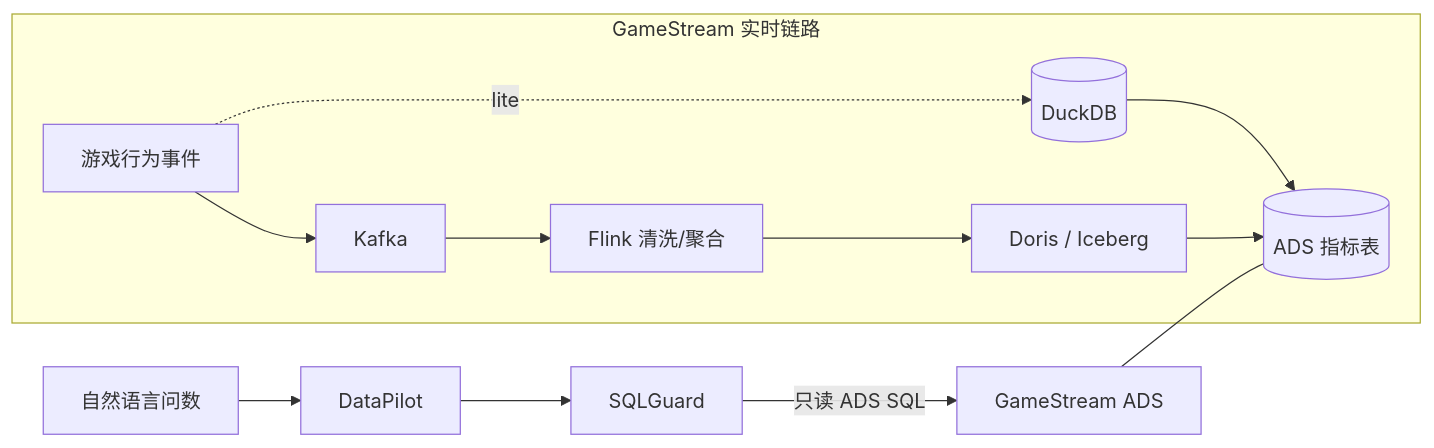
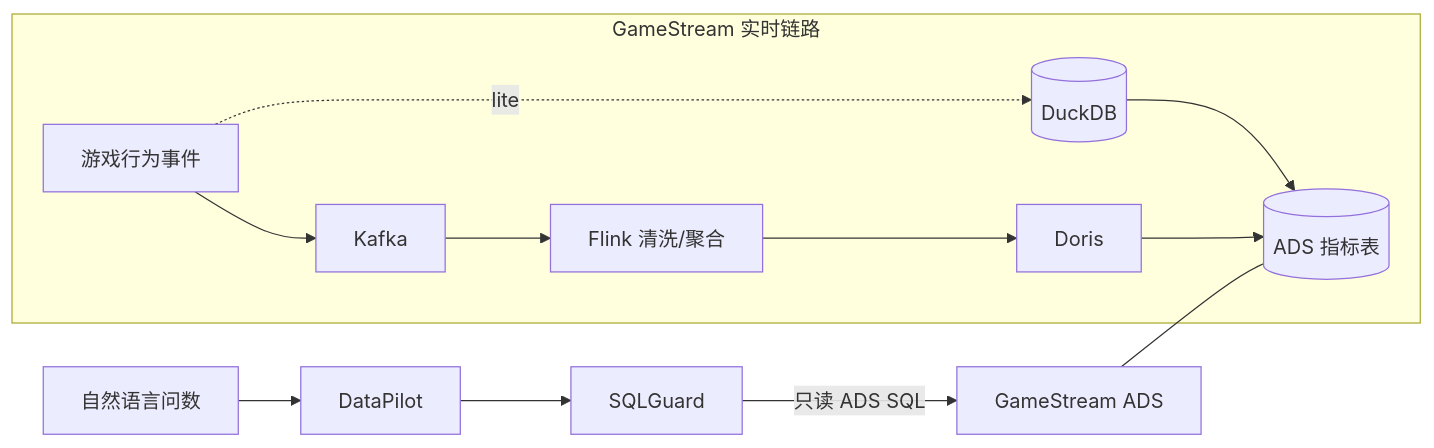
Before and after one commit to tangyf07/SQLGuard: the diagram in README.md, drawn with Mermaid.

Commit message:
docs: drop unverified Iceberg from architecture diagram

````diff
--- a/README.md
+++ b/README.md
@@ -19,15 +19,15 @@
 ```mermaid
 flowchart LR
   NL[自然语言问数] --> DP[DataPilot]
   DP --> SG[SQLGuard]
   SG -->|只读 ADS SQL| GS[GameStream ADS]
   subgraph GS_pipe [GameStream 实时链路]
     E[游戏行为事件] --> K[Kafka]
     K --> F[Flink 清洗/聚合]
-    F --> OLAP[Doris / Iceberg]
+    F --> OLAP[Doris]
     E -. lite .-> DB[(DuckDB)]
     DB --> ADS[(ADS 指标表)]
     OLAP --> ADS
   end
   GS --- ADS
 ```
````
